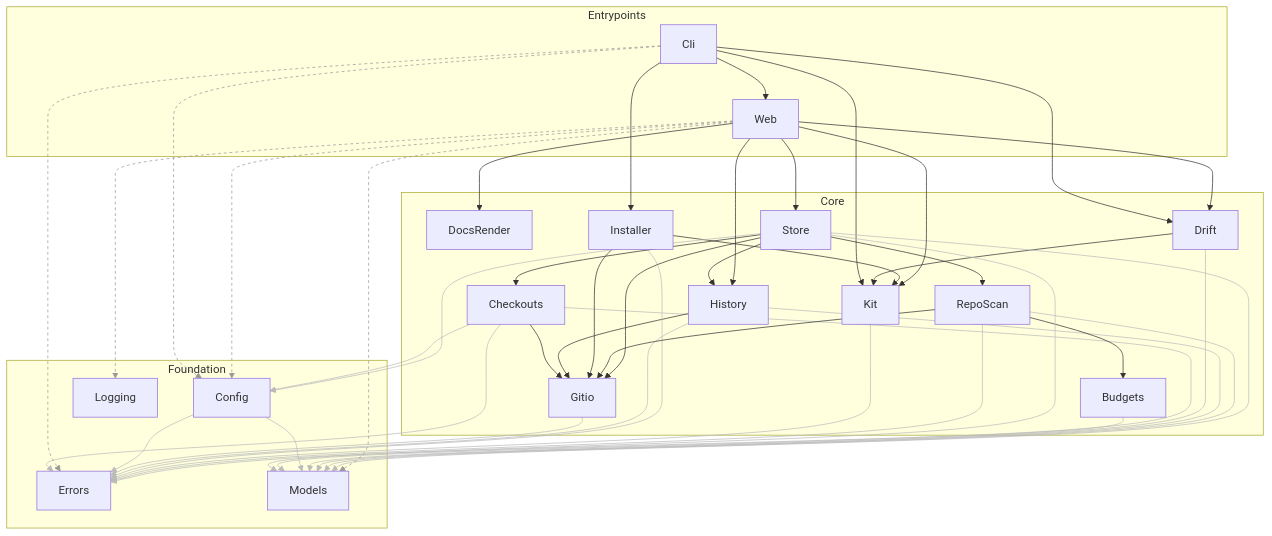
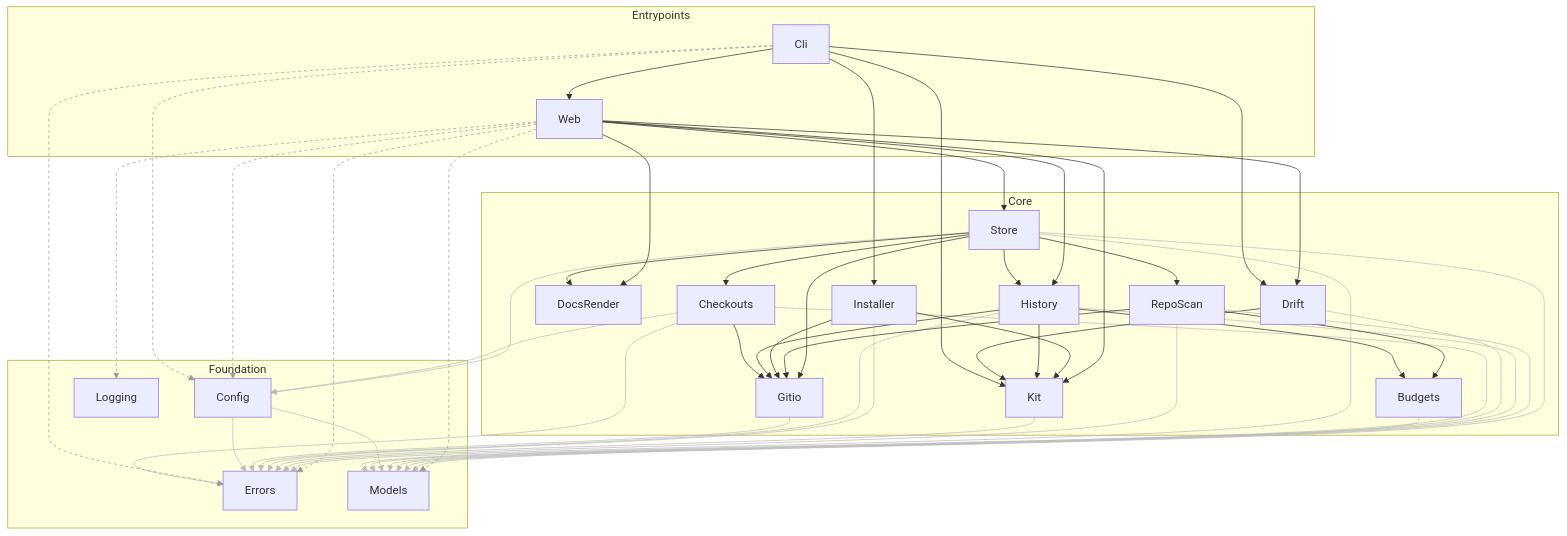
Before and after one commit to agent-lore/guardrail-hub: the diagram in docs/generated/architecture.md, drawn with Mermaid. The commit also changed 72 other files, not shown here.

````diff
--- a/docs/generated/architecture.md
+++ b/docs/generated/architecture.md
@@ -59,8 +59,10 @@
   Drift --> Kit
   Drift --> Models
   Gitio --> Errors
+  History --> Budgets
   History --> Errors
   History --> Gitio
+  History --> Kit
   History --> Models
   Installer --> Errors
   Installer --> Gitio
@@ -72,6 +74,7 @@
   RepoScan --> Models
   Store --> Checkouts
   Store --> Config
+  Store --> DocsRender
   Store --> Errors
   Store --> Gitio
   Store --> History
@@ -80,6 +83,7 @@
   Web --> Config
   Web --> DocsRender
   Web --> Drift
+  Web --> Errors
   Web --> History
   Web --> Kit
   Web --> Logging
@@ -95,16 +99,17 @@
   linkStyle 12 stroke:#bbb
   linkStyle 14 stroke:#bbb
   linkStyle 15 stroke:#bbb
-  linkStyle 16 stroke:#bbb
-  linkStyle 18 stroke:#bbb
-  linkStyle 19 stroke:#bbb
-  linkStyle 22 stroke:#bbb
+  linkStyle 17 stroke:#bbb
+  linkStyle 20 stroke:#bbb
+  linkStyle 21 stroke:#bbb
   linkStyle 24 stroke:#bbb
   linkStyle 26 stroke:#bbb
   linkStyle 28 stroke:#bbb
-  linkStyle 29 stroke:#bbb
+  linkStyle 30 stroke:#bbb
   linkStyle 32 stroke:#bbb
-  linkStyle 34 stroke:#999,stroke-dasharray:4
-  linkStyle 39 stroke:#999,stroke-dasharray:4
+  linkStyle 35 stroke:#bbb
+  linkStyle 37 stroke:#999,stroke-dasharray:4
   linkStyle 40 stroke:#999,stroke-dasharray:4
+  linkStyle 43 stroke:#999,stroke-dasharray:4
+  linkStyle 44 stroke:#999,stroke-dasharray:4
 ```
````
